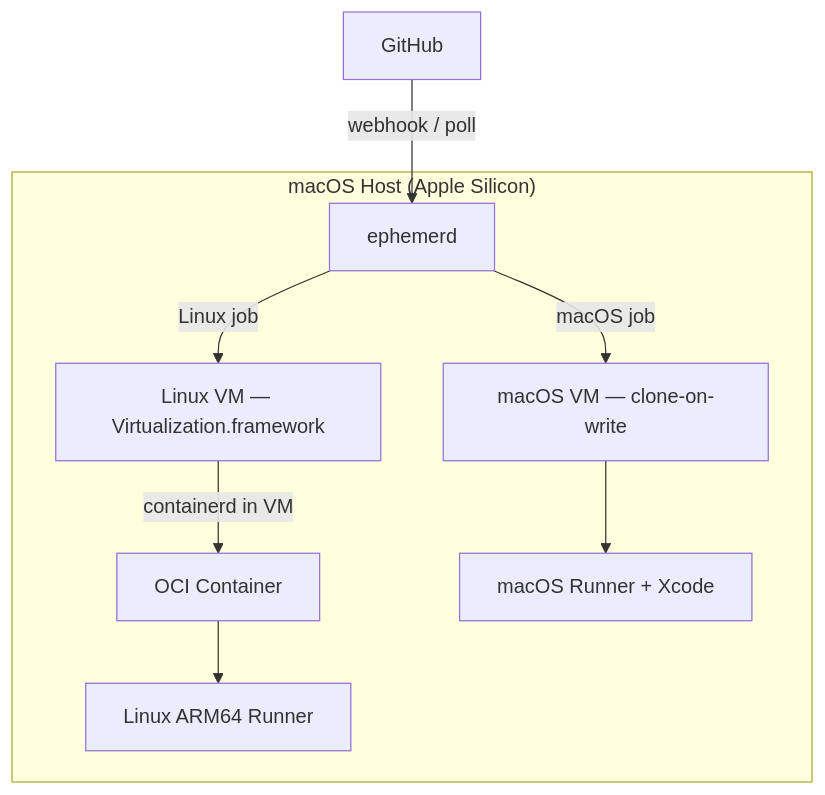
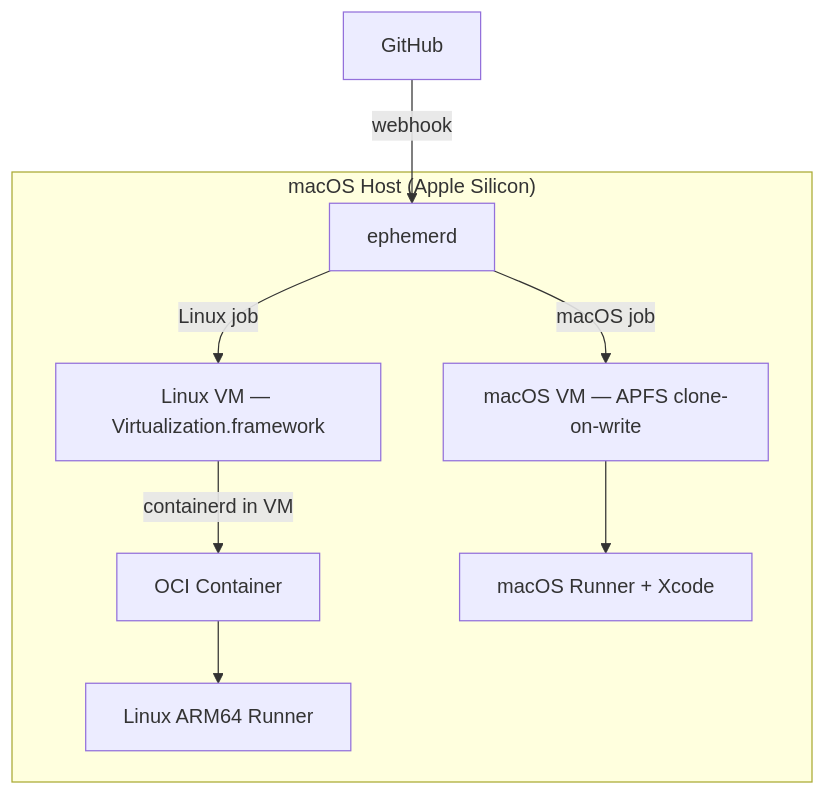
One commit to ephpm/ephemerd changed the third of 7 diagrams in README.md. Above: the diagram before and after it, drawn with Mermaid. The commit also changed other lines of this file, not shown here.

First line of the commit message:
docs: update README with webhook/polling flow and platform details

````diff
--- a/README.md
+++ b/README.md
@@ -53,13 +58,13 @@
 ```mermaid
 graph TB
-    GH[GitHub] -->|webhook / poll| E[ephemerd]
+    GH[GitHub] -->|webhook| E[ephemerd]
 
     subgraph "macOS Host (Apple Silicon)"
         E -->|Linux job| LVM[Linux VM — Virtualization.framework]
         LVM -->|containerd in VM| LC[OCI Container]
         LC --> LR[Linux ARM64 Runner]
 
-        E -->|macOS job| MVM[macOS VM — clone-on-write]
+        E -->|macOS job| MVM[macOS VM — APFS clone-on-write]
         MVM --> MR[macOS Runner + Xcode]
     end
 ```
````
